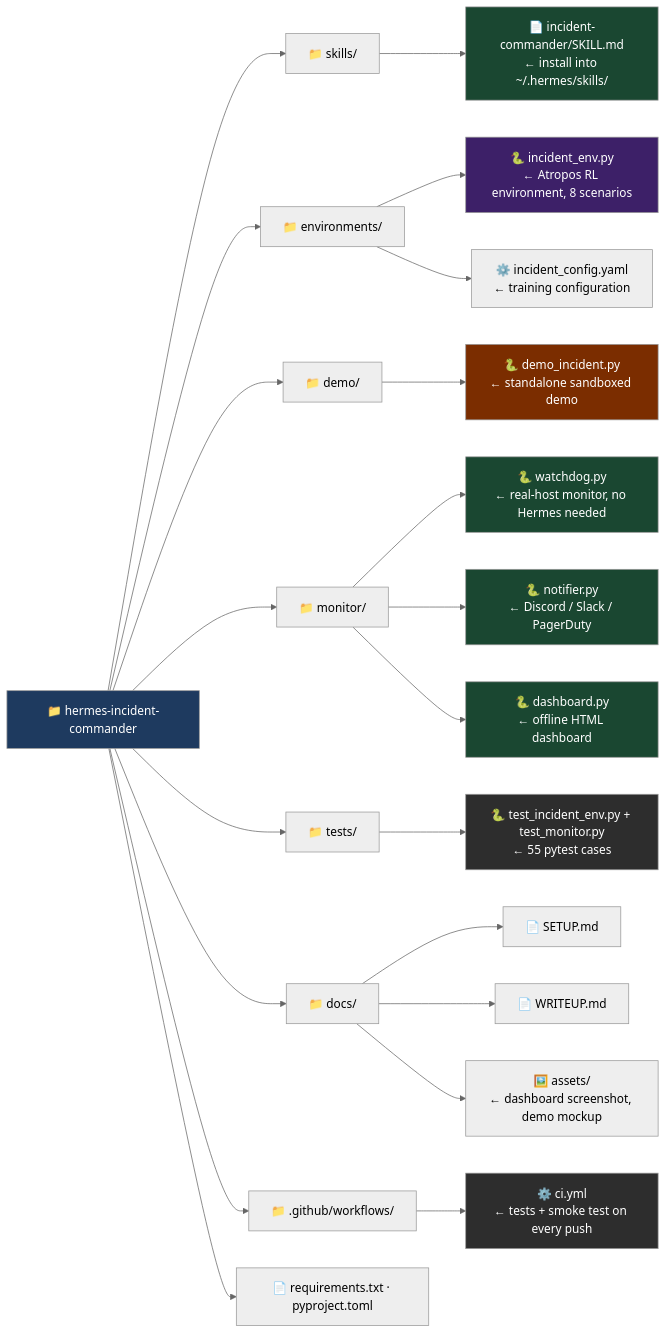
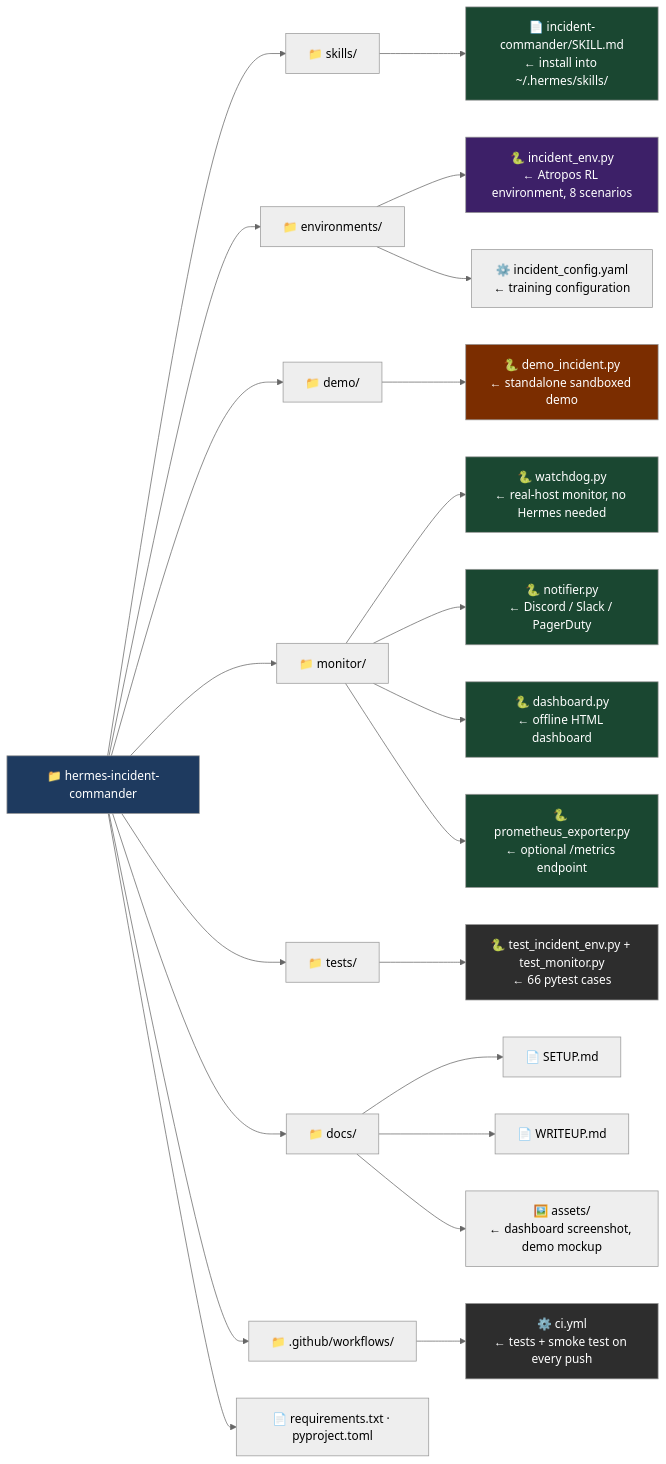
The second of 3 diagrams in README.md (Lethe044/hermes-incident-commander), drawn with Mermaid (neutral theme) before and after one commit. The commit also changed other lines of this file and 19 other files, not shown here.

Commit message:
v2.1.0: dry-run mode, PagerDuty resolve wiring, Prometheus /metrics, em dash cleanup

````diff
--- a/README.md
+++ b/README.md
@@ -205,42 +232,44 @@
 ```mermaid
 graph LR
     ROOT["📁 hermes-incident-commander"]
 
     ROOT --> SKILLS["📁 skills/"]
     ROOT --> ENVS["📁 environments/"]
     ROOT --> DEMO["📁 demo/"]
     ROOT --> MON["📁 monitor/"]
     ROOT --> TESTS["📁 tests/"]
     ROOT --> DOCS["📁 docs/"]
     ROOT --> CI["📁 .github/workflows/"]
     ROOT --> REQ["📄 requirements.txt · pyproject.toml"]
 
     SKILLS --> SKILL_MD["📄 incident-commander/SKILL.md<br/>← install into ~/.hermes/skills/"]
 
     ENVS --> ENV_PY["🐍 incident_env.py<br/>← Atropos RL environment, 8 scenarios"]
     ENVS --> ENV_CFG["⚙️ incident_config.yaml<br/>← training configuration"]
 
     DEMO --> DEMO_PY["🐍 demo_incident.py<br/>← standalone sandboxed demo"]
 
     MON --> WATCHDOG["🐍 watchdog.py<br/>← real-host monitor, no Hermes needed"]
     MON --> NOTIFY["🐍 notifier.py<br/>← Discord / Slack / PagerDuty"]
     MON --> DASH["🐍 dashboard.py<br/>← offline HTML dashboard"]
+    MON --> PROM["🐍 prometheus_exporter.py<br/>← optional /metrics endpoint"]
 
-    TESTS --> TEST_PY["🐍 test_incident_env.py + test_monitor.py<br/>← 55 pytest cases"]
+    TESTS --> TEST_PY["🐍 test_incident_env.py + test_monitor.py<br/>← 66 pytest cases"]
 
     DOCS --> SETUP["📄 SETUP.md"]
     DOCS --> WRITEUP["📄 WRITEUP.md"]
     DOCS --> ASSETS["🖼️ assets/<br/>← dashboard screenshot, demo mockup"]
 
     CI --> CIWORKFLOW["⚙️ ci.yml<br/>← tests + smoke test on every push"]
 
     style ROOT fill:#1e3a5f,color:#fff
     style SKILL_MD fill:#1a4731,color:#fff
     style ENV_PY fill:#3d2068,color:#fff
     style DEMO_PY fill:#7b2d00,color:#fff
     style TEST_PY fill:#2d2d2d,color:#fff
     style WATCHDOG fill:#1a4731,color:#fff
     style NOTIFY fill:#1a4731,color:#fff
     style DASH fill:#1a4731,color:#fff
+    style PROM fill:#1a4731,color:#fff
     style CIWORKFLOW fill:#2d2d2d,color:#fff
 ```
````
